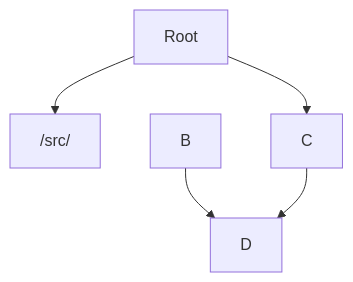
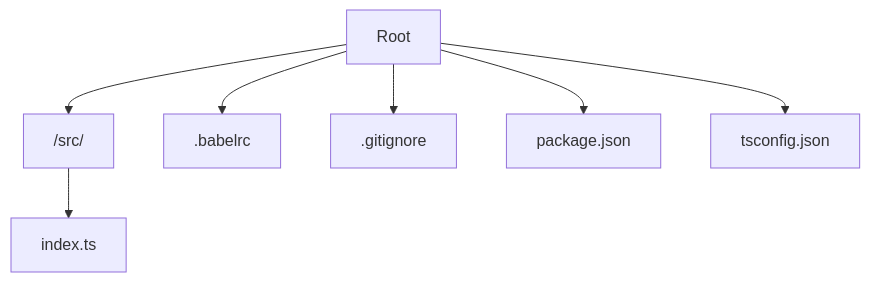
One commit to scarletquasar/MelonRuntime changed the diagram in projects/melon-md-docs/CreatingAndExecutingANewMelonProject.md. Above: the diagram before and after it, drawn with Mermaid.

Commit message:
📜 chore(docs): documentation creating projects development

````diff
--- a/projects/melon-md-docs/CreatingAndExecutingANewMelonProject.md
+++ b/projects/melon-md-docs/CreatingAndExecutingANewMelonProject.md
@@ -21,7 +21,9 @@
 ```mermaid
 graph TD;
     Root-->/src/;
-    Root-->C;
-    B-->D;
-    C-->D;
+    /src/-->index.ts;
+    Root-->.babelrc;
+    Root-->.gitignore;
+    Root-->package.json;
+    Root-->tsconfig.json;
 ```
````
